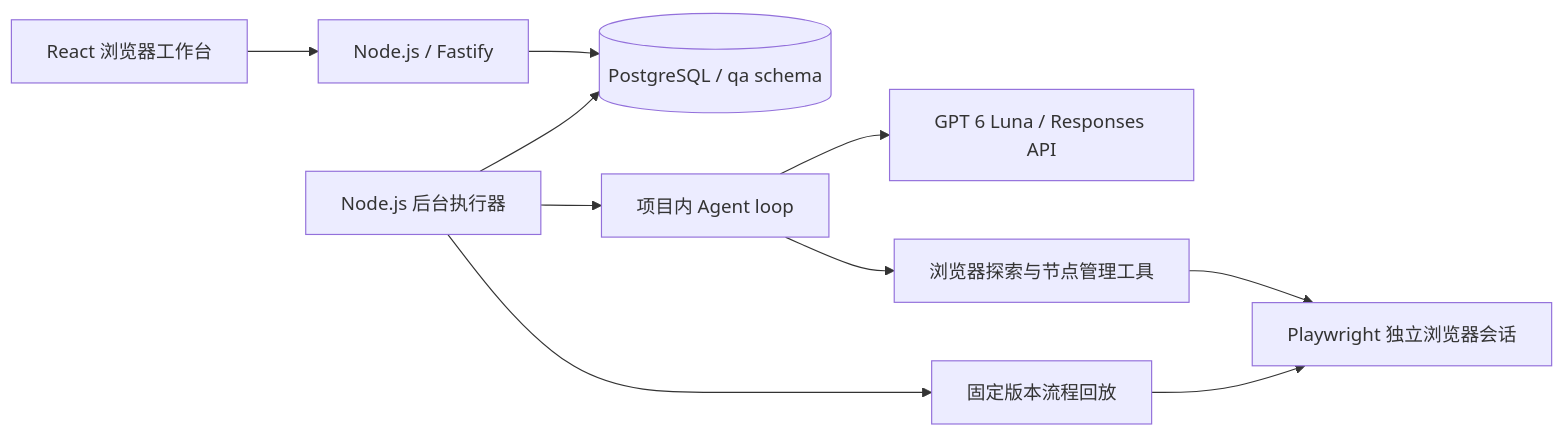
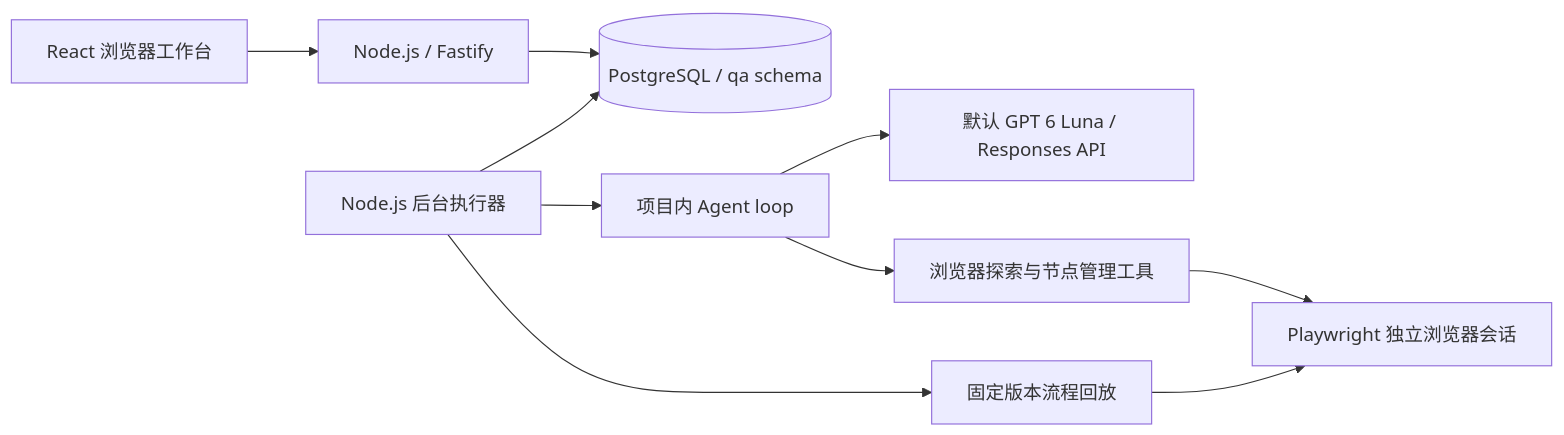
The diagram in docs/architecture.md (silvermooooon/looplab-agent-testing), drawn with Mermaid before and after one commit. The commit also changed other lines of this file and 12 other files, not shown here.

````diff
--- a/docs/architecture.md
+++ b/docs/architecture.md
@@ -30,12 +30,12 @@
 ```mermaid
 flowchart LR
   UI[React 浏览器工作台] --> API[Node.js / Fastify]
   API --> PG[(PostgreSQL / qa schema)]
   Worker[Node.js 后台执行器] --> PG
   Worker --> Loop[项目内 Agent loop]
-  Loop --> Responses[GPT 6 Luna / Responses API]
+  Loop --> Responses[默认 GPT 6 Luna / Responses API]
   Loop --> Tools[浏览器探索与节点管理工具]
   Worker --> Replay[固定版本流程回放]
   Tools --> Browser[Playwright 独立浏览器会话]
   Replay --> Browser
 ```
````
